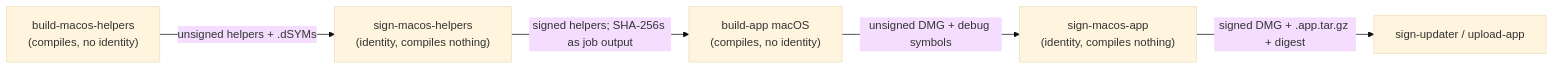
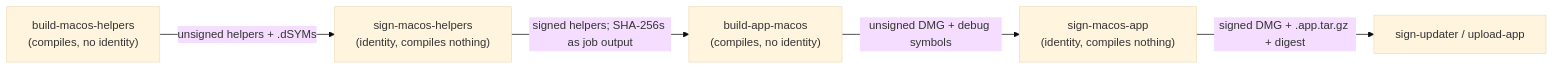
The sixth of 6 diagrams in docs/contributing.md (armaxri/termiHub), drawn with Mermaid (base theme) before and after one commit. The commit also changed other lines of this file and 3 other files, not shown here.

First line of the commit message:
test(ci): pin the build-app / build-app-macos split

````diff
--- a/docs/contributing.md
+++ b/docs/contributing.md
@@ -2511,7 +2511,7 @@
 ```mermaid
 flowchart LR
     A["build-macos-helpers<br/>(compiles, no identity)"] -->|unsigned helpers + .dSYMs| B["sign-macos-helpers<br/>(identity, compiles nothing)"]
-    B -->|signed helpers; SHA-256s as job output| C["build-app macOS<br/>(compiles, no identity)"]
+    B -->|signed helpers; SHA-256s as job output| C["build-app-macos<br/>(compiles, no identity)"]
     C -->|unsigned DMG + debug symbols| D["sign-macos-app<br/>(identity, compiles nothing)"]
     D -->|signed DMG + .app.tar.gz + digest| E["sign-updater / upload-app"]
 ```
````
